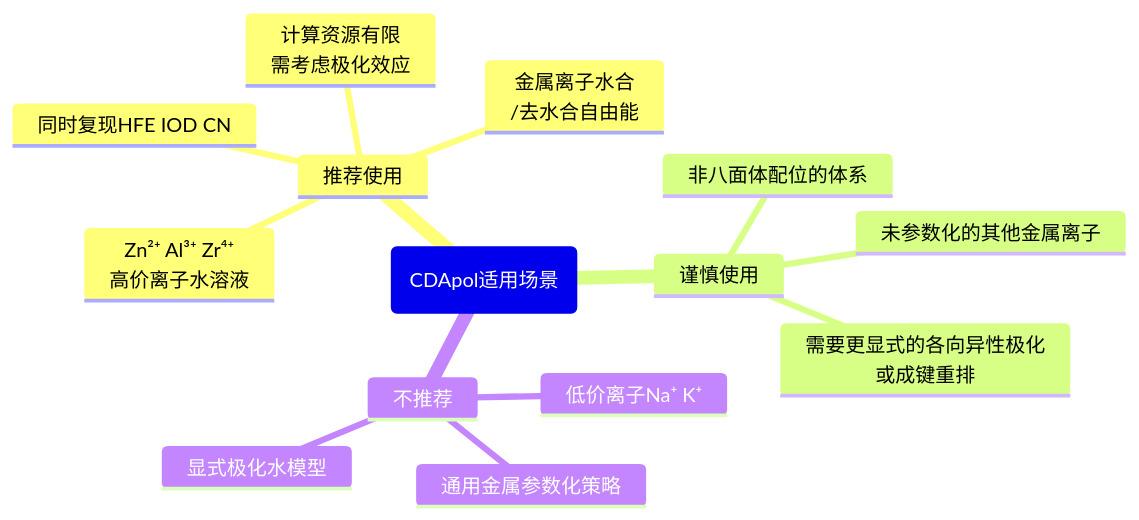
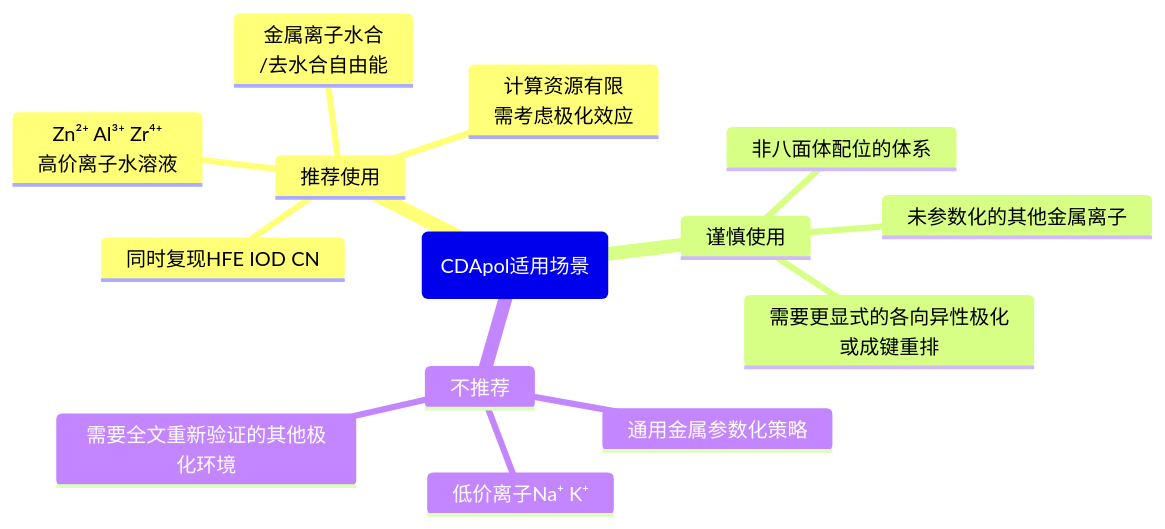
Before and after one commit to gxf1212/mendelevium: the second of 2 diagrams in _pages/Molecular Dynamics/FF & Algorithm/Metal/2026-05-06-polarizable-cationic-dummy-model.md, drawn with Mermaid. The commit also changed other lines of this file and 2 other files, not shown here.

````diff
--- a/_pages/Molecular Dynamics/FF & Algorithm/Metal/2026-05-06-polarizable-cationic-dummy-model.md
+++ b/_pages/Molecular Dynamics/FF & Algorithm/Metal/2026-05-06-polarizable-cationic-dummy-model.md
@@ -315,17 +334,17 @@
 ```mermaid
 mindmap
   root(CDApol适用场景)
     推荐使用
       Zn²⁺ Al³⁺ Zr⁴⁺<br/>高价离子水溶液
       同时复现HFE IOD CN
       计算资源有限<br/>需考虑极化效应
       金属离子水合<br/>/去水合自由能
     谨慎使用
       未参数化的其他金属离子
       非八面体配位的体系
       需要更显式的各向异性极化<br/>或成键重排
     不推荐
       通用金属参数化策略
       低价离子Na⁺ K⁺
-      显式极化水模型
+      需要全文重新验证的其他极化环境
 ```
````
